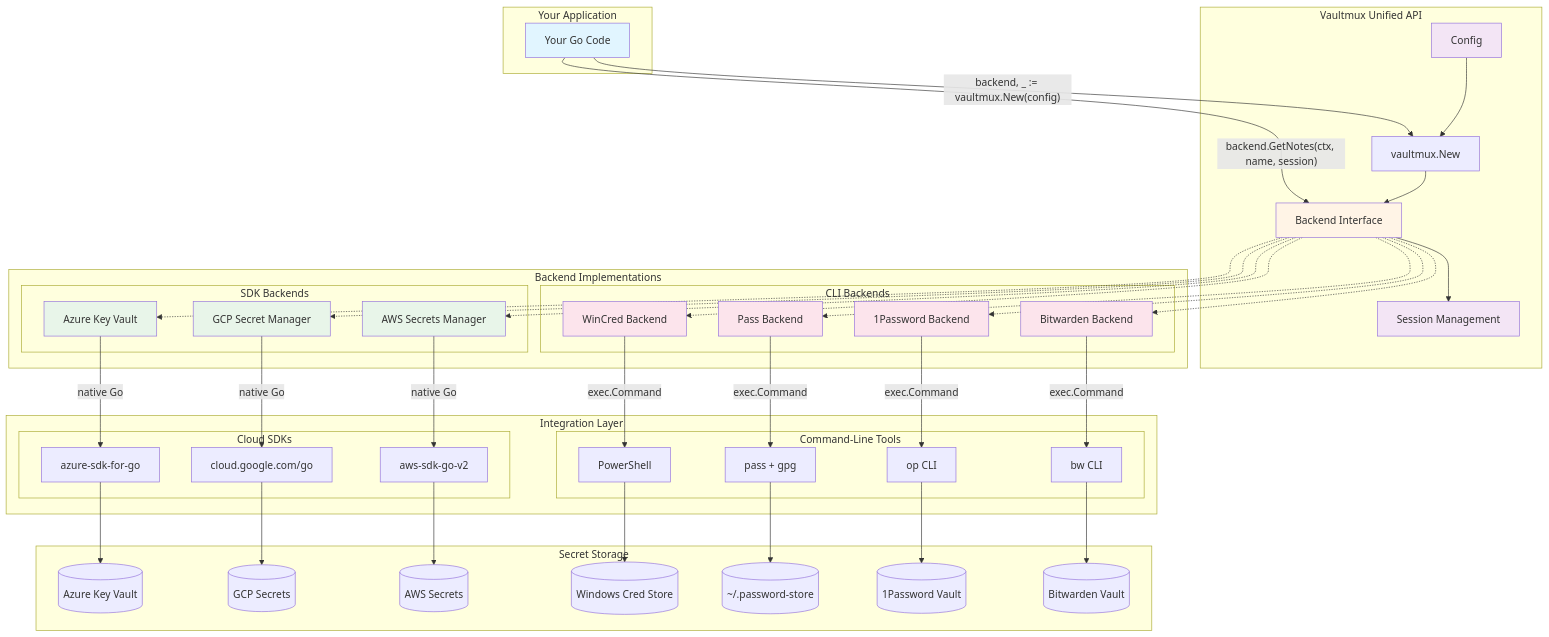
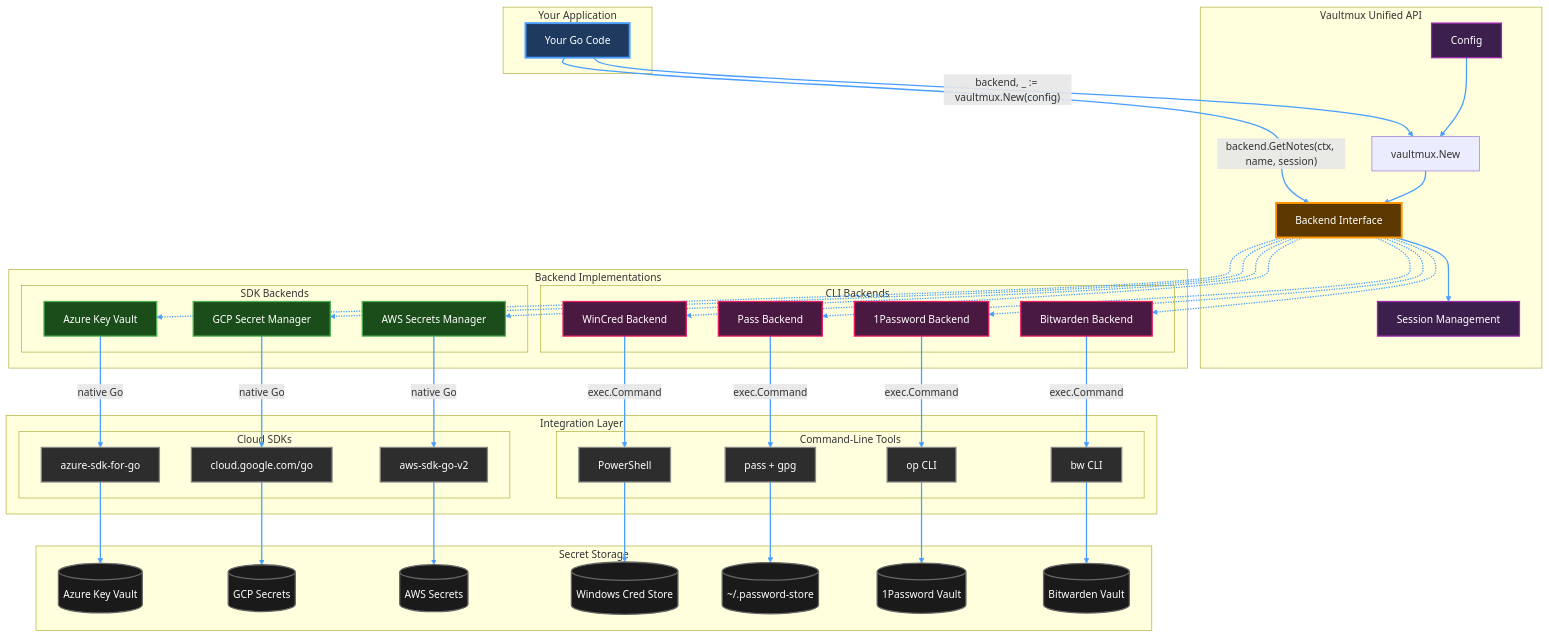
The diagram in README.md (blackwell-systems/vaultmux), drawn with Mermaid before and after one commit.

Commit message:
docs: Update diagram to dark mode with high contrast
- Dark backgrounds for all diagram elements
- Bright colored borders for visual hierarchy
- White text throughout for readability
- Brighter connection lines for better visibility

````diff
--- a/README.md
+++ b/README.md
@@ -373,17 +373,37 @@
     GCPSDK --> GCPVAULT
     AZURESDK --> AZUREVAULT
 
-    style APP fill:#e1f5ff
-    style INTERFACE fill:#fff4e6
-    style CONFIG fill:#f3e5f5
-    style SESSION fill:#f3e5f5
+    %% Dark mode styling with high contrast
+    style APP fill:#1e3a5f,stroke:#4a9eff,stroke-width:3px,color:#fff
+    style INTERFACE fill:#5a3800,stroke:#ff9800,stroke-width:3px,color:#fff
+    style CONFIG fill:#3d1f4d,stroke:#9c27b0,stroke-width:2px,color:#fff
+    style SESSION fill:#3d1f4d,stroke:#9c27b0,stroke-width:2px,color:#fff
 
-    style BW fill:#fce4ec
-    style OP fill:#fce4ec
-    style PASS fill:#fce4ec
-    style WINCRED fill:#fce4ec
+    style BW fill:#4a1942,stroke:#e91e63,stroke-width:2px,color:#fff
+    style OP fill:#4a1942,stroke:#e91e63,stroke-width:2px,color:#fff
+    style PASS fill:#4a1942,stroke:#e91e63,stroke-width:2px,color:#fff
+    style WINCRED fill:#4a1942,stroke:#e91e63,stroke-width:2px,color:#fff
 
-    style AWS fill:#e8f5e9
-    style GCP fill:#e8f5e9
-    style AZURE fill:#e8f5e9
+    style AWS fill:#1b4d1b,stroke:#4caf50,stroke-width:2px,color:#fff
+    style GCP fill:#1b4d1b,stroke:#4caf50,stroke-width:2px,color:#fff
+    style AZURE fill:#1b4d1b,stroke:#4caf50,stroke-width:2px,color:#fff
+
+    style BWCLI fill:#2d2d2d,stroke:#888,stroke-width:2px,color:#fff
+    style OPCLI fill:#2d2d2d,stroke:#888,stroke-width:2px,color:#fff
+    style PASSCLI fill:#2d2d2d,stroke:#888,stroke-width:2px,color:#fff
+    style PS fill:#2d2d2d,stroke:#888,stroke-width:2px,color:#fff
+
+    style AWSSDK fill:#2d2d2d,stroke:#888,stroke-width:2px,color:#fff
+    style GCPSDK fill:#2d2d2d,stroke:#888,stroke-width:2px,color:#fff
+    style AZURESDK fill:#2d2d2d,stroke:#888,stroke-width:2px,color:#fff
+
+    style BWVAULT fill:#1a1a1a,stroke:#666,stroke-width:2px,color:#fff
+    style OPVAULT fill:#1a1a1a,stroke:#666,stroke-width:2px,color:#fff
+    style PASSVAULT fill:#1a1a1a,stroke:#666,stroke-width:2px,color:#fff
+    style WINCREDVAULT fill:#1a1a1a,stroke:#666,stroke-width:2px,color:#fff
+    style AWSVAULT fill:#1a1a1a,stroke:#666,stroke-width:2px,color:#fff
+    style GCPVAULT fill:#1a1a1a,stroke:#666,stroke-width:2px,color:#fff
+    style AZUREVAULT fill:#1a1a1a,stroke:#666,stroke-width:2px,color:#fff
+
+    linkStyle default stroke:#4a9eff,stroke-width:2px
 ```
````
